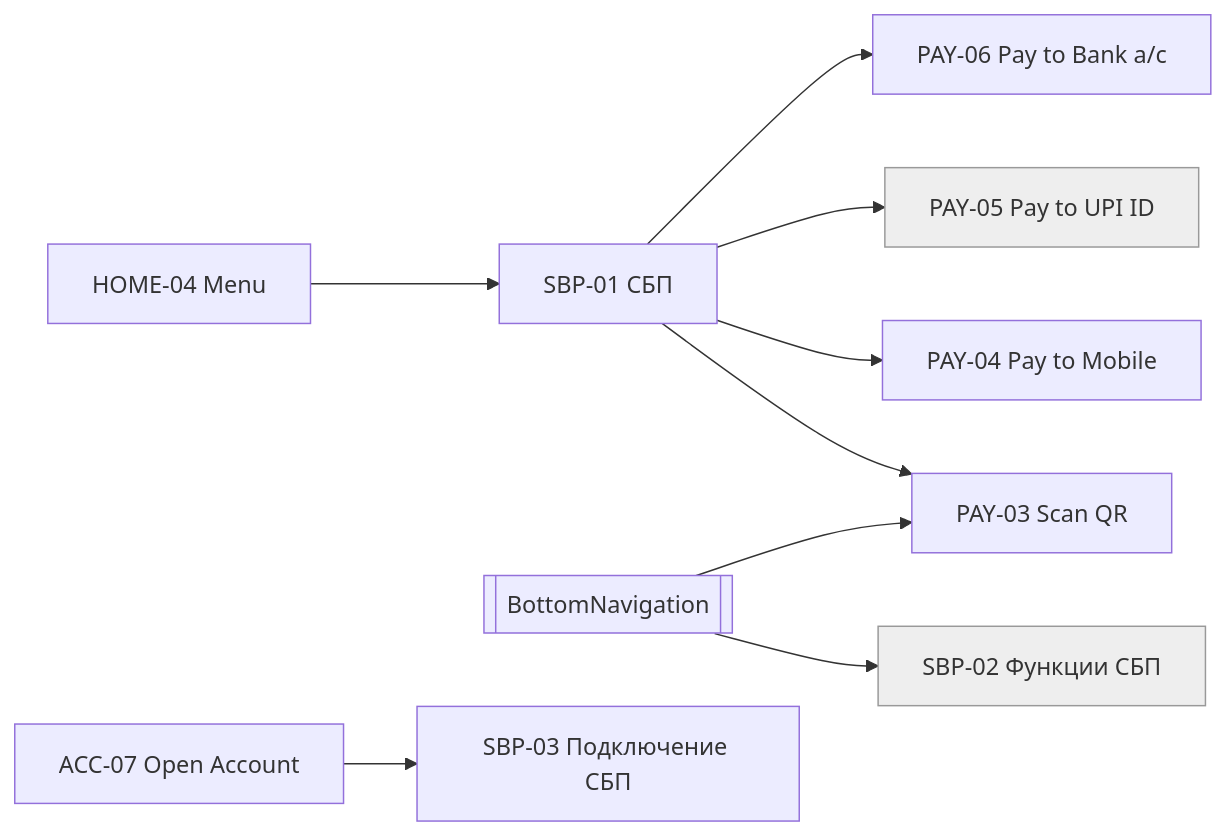
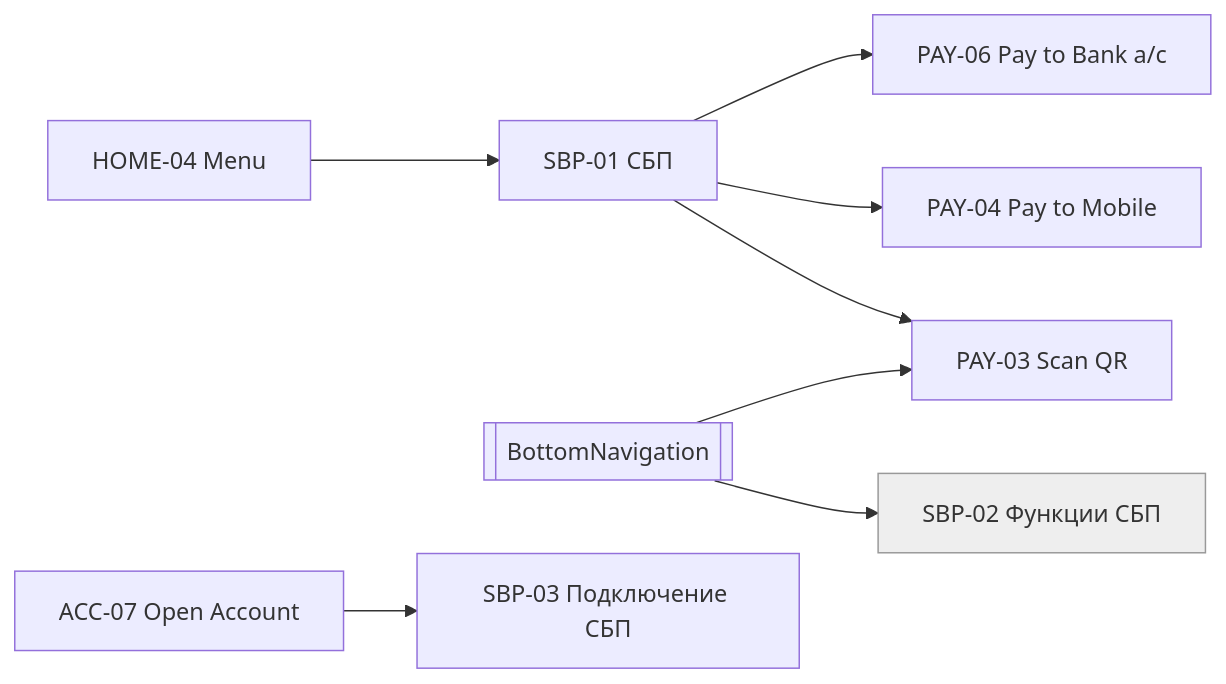
One commit to Shustrjak/claude_repo changed the fourth of 7 diagrams in docs/ui/USER_FLOWS.md. Above: the diagram before and after it, drawn with Mermaid. The commit also changed other lines of this file and 6 other files, not shown here.

First line of the commit message:
Apply decision D-06: SBP mapping of UPI nodes

````diff
--- a/docs/ui/USER_FLOWS.md
+++ b/docs/ui/USER_FLOWS.md
@@ -109,13 +110,12 @@
 ```mermaid
 flowchart LR
   MENU[HOME-04 Menu] --> SBP01[SBP-01 СБП]
   SBP01 --> PAY03[PAY-03 Scan QR]
   SBP01 --> PAY04[PAY-04 Pay to Mobile]
-  SBP01 --> PAY05[PAY-05 Pay to UPI ID]
   SBP01 --> PAY06[PAY-06 Pay to Bank a/c]
   NAV[[BottomNavigation]] --> SBP02[SBP-02 Функции СБП]
   NAV --> PAY03
   ACC07[ACC-07 Open Account] --> SBP03[SBP-03 Подключение СБП]
   classDef candidate fill:#eee,stroke:#999
-  class SBP02,PAY05 candidate
+  class SBP02 candidate
 ```
````
